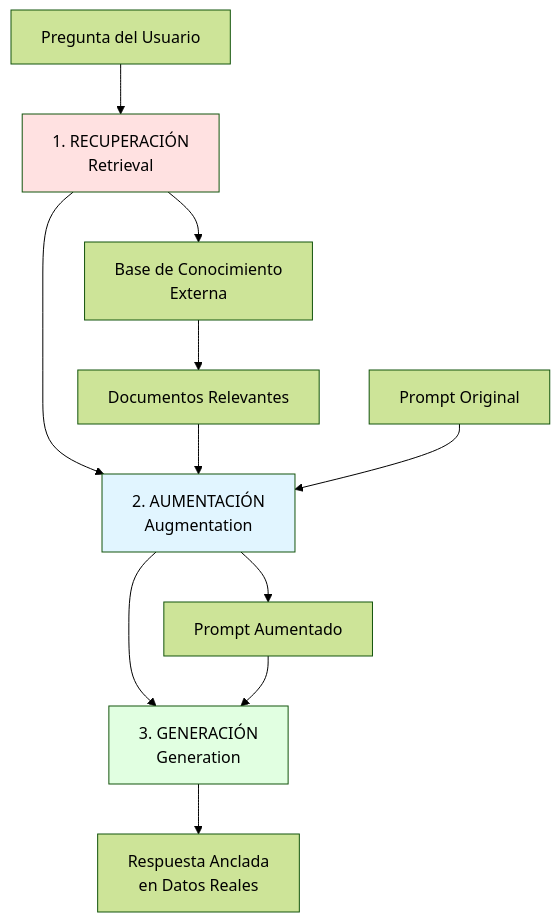
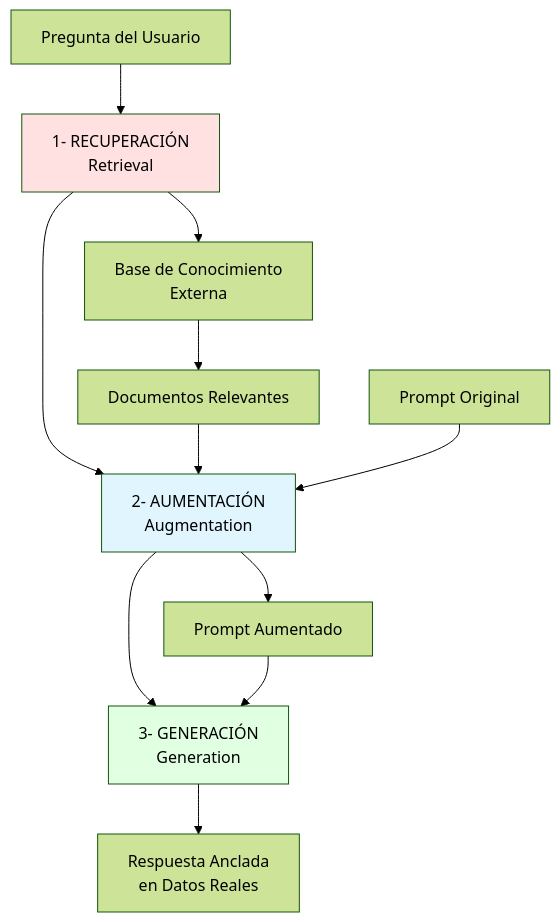
One commit to socialdataibero/herramientas-ia-investigacion changed the sixth of 12 diagrams in book_ia/03-Ingeniería-Contexto.md. Above: the diagram before and after it, drawn with Mermaid (forest theme). The commit also changed 7 other files, not shown here.

````diff
--- a/book_ia/03-Ingeniería-Contexto.md
+++ b/book_ia/03-Ingeniería-Contexto.md
@@ -343,18 +343,18 @@
 ```mermaid
 flowchart TB
-    A[1. RECUPERACIÓN<br/>Retrieval] --> B[2. AUMENTACIÓN<br/>Augmentation]
-    B --> C[3. GENERACIÓN<br/>Generation]
+    A[1- RECUPERACIÓN<br/>Retrieval] --> B[2- AUMENTACIÓN<br/>Augmentation]
+    B --> C[3- GENERACIÓN<br/>Generation]
 
     D[Pregunta del Usuario] --> A
-    A --> E[Base de Conocimiento<br/>Externa]
+    A --> E[Base de Conocimiento <br/>Externa]
     E --> F[Documentos Relevantes]
     F --> B
     G[Prompt Original] --> B
     B --> H[Prompt Aumentado]
     H --> C
     C --> I[Respuesta Anclada<br/>en Datos Reales]
 
     style A fill:#ffe1e1
     style B fill:#e1f5ff
     style C fill:#e1ffe1
 ```
````
